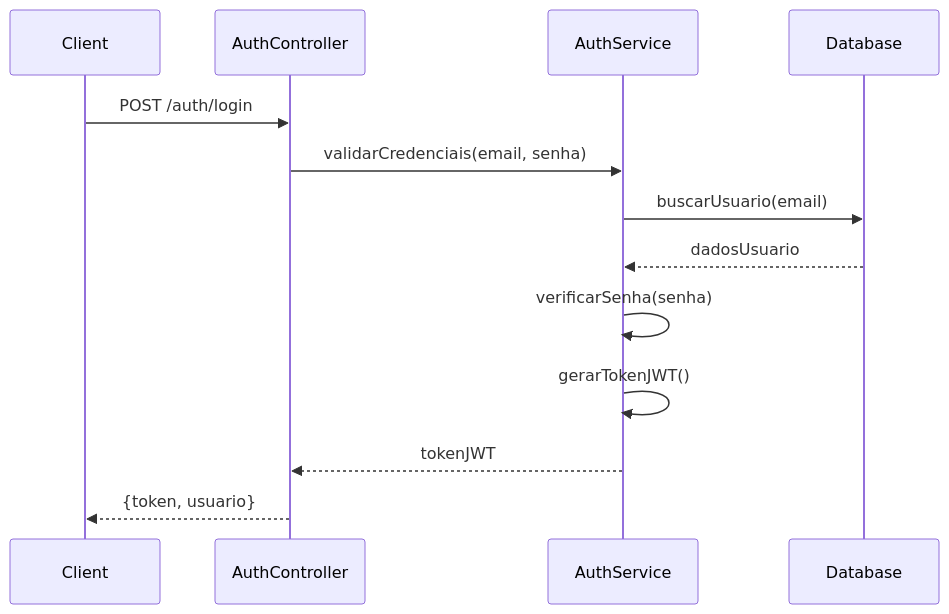
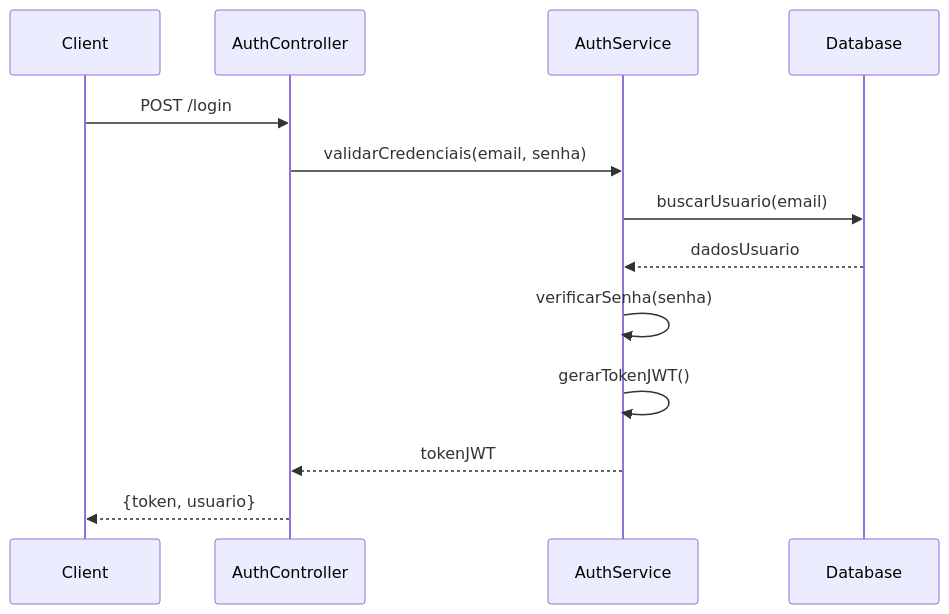
The second of 4 diagrams in documentação/PROJETO_ATUALIZADO.md (MatheusLBatista/gestao-estoque-api), drawn with Mermaid before and after one commit. The commit also changed other lines of this file and 14 other files, not shown here.

````diff
--- a/documentação/PROJETO_ATUALIZADO.md
+++ b/documentação/PROJETO_ATUALIZADO.md
@@ -468,16 +488,16 @@
 ```mermaid
 sequenceDiagram
     participant Client
     participant AuthController
     participant AuthService
     participant Database
-    
-    Client->>AuthController: POST /auth/login
+
+    Client->>AuthController: POST /login
     AuthController->>AuthService: validarCredenciais(email, senha)
     AuthService->>Database: buscarUsuario(email)
     Database-->>AuthService: dadosUsuario
     AuthService->>AuthService: verificarSenha(senha)
     AuthService->>AuthService: gerarTokenJWT()
     AuthService-->>AuthController: tokenJWT
     AuthController-->>Client: {token, usuario}
 ```
````
